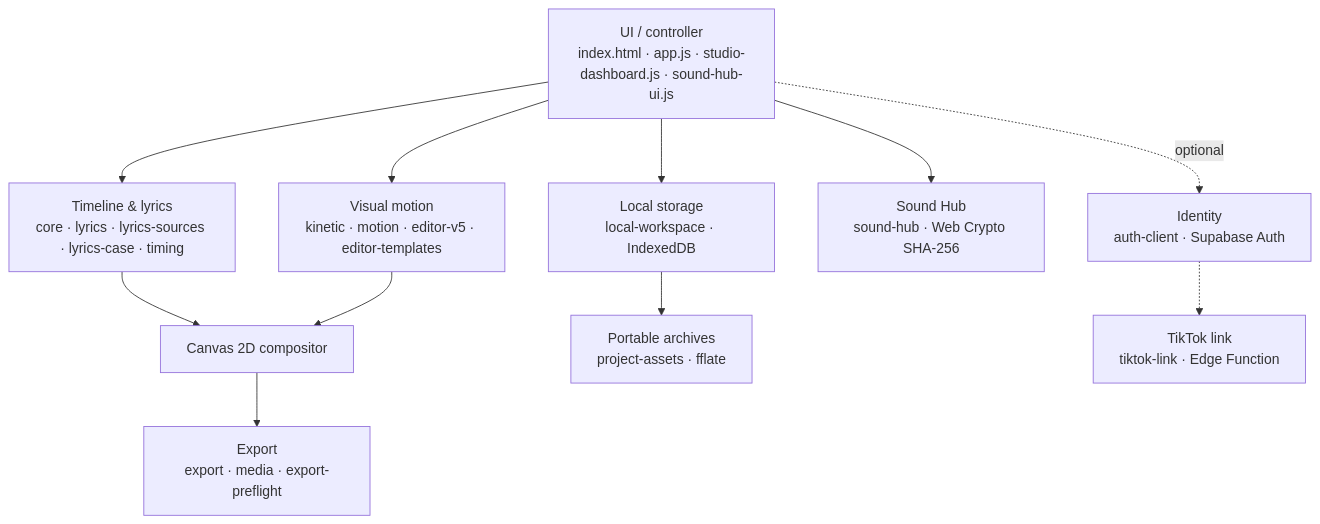
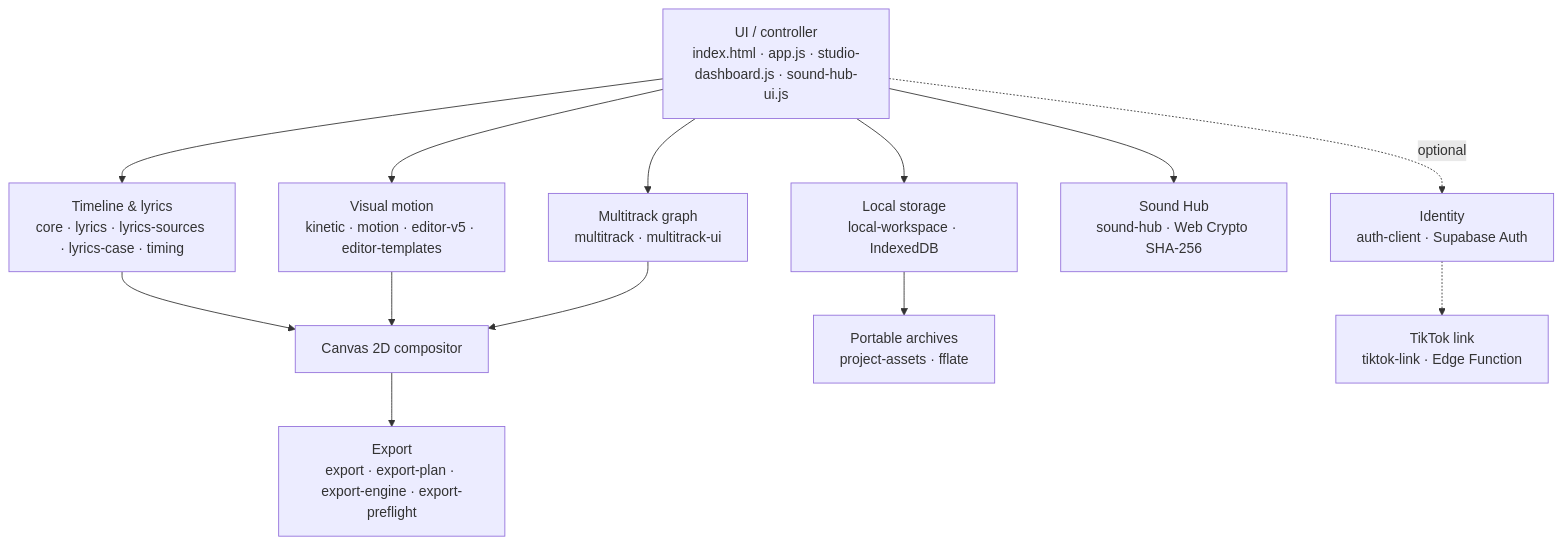
Before and after one commit to oakvx/bratAnimator: the diagram in README.md, drawn with Mermaid. The commit also changed other lines of this file, not shown here.

````diff
--- a/README.md
+++ b/README.md
@@ -59,14 +101,16 @@
 ```mermaid
 flowchart TD
     UI["UI / controller<br/>index.html · app.js · studio-dashboard.js · sound-hub-ui.js"]
     UI --> TL["Timeline & lyrics<br/>core · lyrics · lyrics-sources · lyrics-case · timing"]
     UI --> VIS["Visual motion<br/>kinetic · motion · editor-v5 · editor-templates"]
+    UI --> MT["Multitrack graph<br/>multitrack · multitrack-ui"]
     TL --> CMP["Canvas 2D compositor"]
     VIS --> CMP
-    CMP --> EXP["Export<br/>export · media · export-preflight"]
+    MT --> CMP
+    CMP --> EXP["Export<br/>export · export-plan · export-engine · export-preflight"]
     UI --> STO["Local storage<br/>local-workspace · IndexedDB"]
     UI --> SH["Sound Hub<br/>sound-hub · Web Crypto SHA-256"]
     STO --> PA["Portable archives<br/>project-assets · fflate"]
     UI -.optional.-> AUTH["Identity<br/>auth-client · Supabase Auth"]
     AUTH -.-> TT["TikTok link<br/>tiktok-link · Edge Function"]
 ```
````
